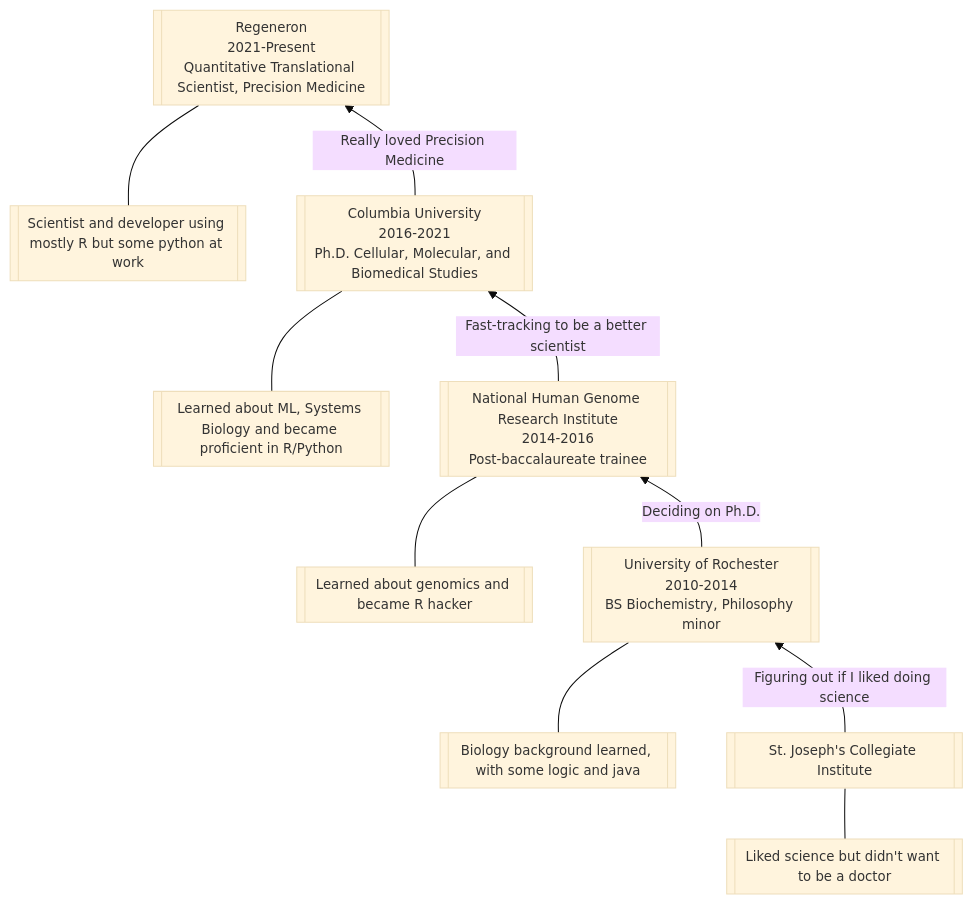
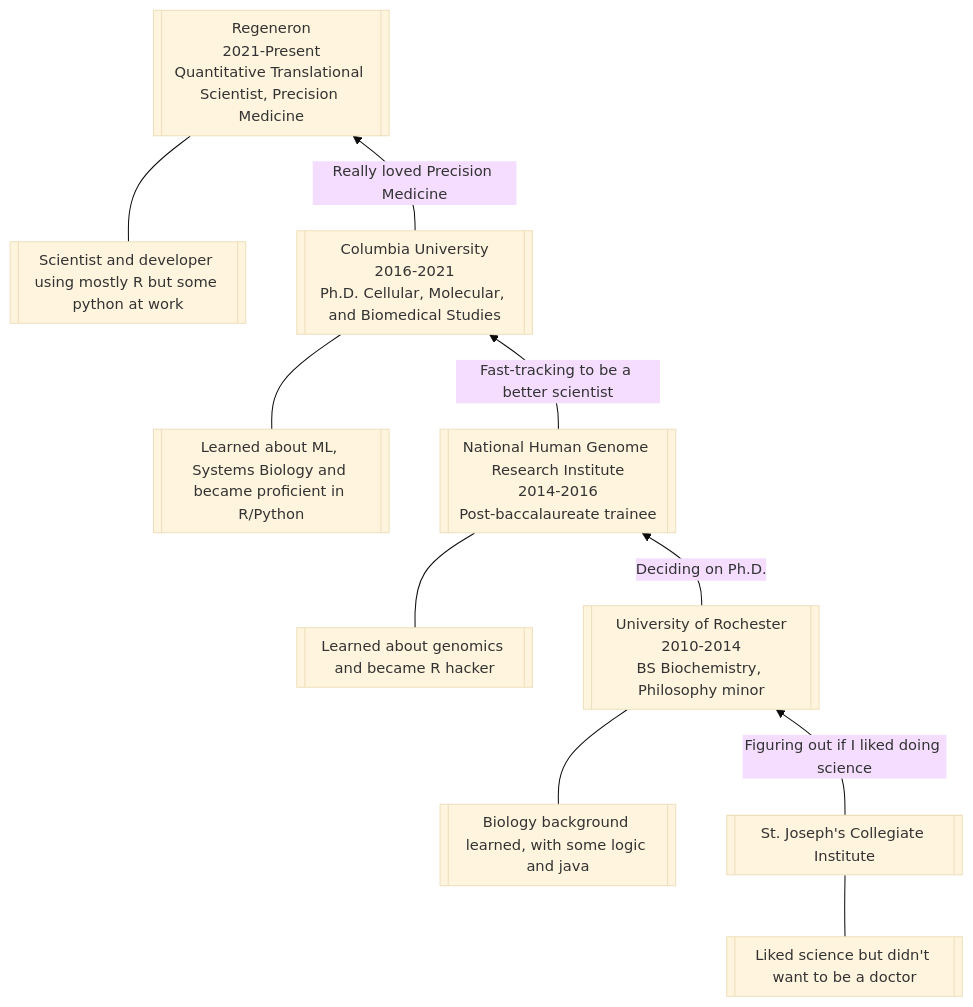
The diagram in content/about/index.qmd (ngiangre/ngiangre.github.io), drawn with Mermaid before and after one commit. The commit also changed other lines of this file and 3 other files, not shown here.

Commit message:
reduced font size

````diff
--- a/content/about/index.qmd
+++ b/content/about/index.qmd
@@ -33,20 +38,20 @@
 ```{mermaid}
 %%| label: fig-mermaid-flowchart
 %%| fig-cap: Education and experience timeline
 %%| fig-height: 20
 
-%%{init: {'theme': 'base', 'themeVariables': { 'fontSize': '13px', 'fontFamily': 'Inter'}}}%%
+%%{init: {'theme': 'base', 'themeVariables': { 'fontSize': '90%', 'fontFamily': 'Inter'}}}%%
 
 flowchart BT
   HSCoding[[Liked science but didn't want to be a doctor]] --- HS
   CollegeCoding[[Biology background learned, with some logic and java]] --- College
   PostbacCoding[[Learned about genomics and became R hacker]] --- Postbac
   PhdCoding[[Learned about ML, Systems Biology and became proficient in R/Python]] --- Phd
   JobCoding[[Scientist and developer using mostly R but some python at work]] --- Job
 
   HS[[St. Joseph's Collegiate Institute]] -- Figuring out if I liked doing science --> College[[University of Rochester<br>2010-2014<br>BS Biochemistry, Philosophy minor]]
   College -- Deciding on Ph.D. --> Postbac[[National Human Genome Research Institute<br>2014-2016<br>Post-baccalaureate trainee]]
   Postbac -- Fast-tracking to be a better scientist --> Phd[[Columbia University<br>2016-2021<br>Ph.D. Cellular, Molecular, and Biomedical Studies]]
   Phd -- Really loved Precision Medicine -->  Job[[Regeneron<br>2021-Present<br>Quantitative Translational Scientist, Precision Medicine]]
  
 ```
````
